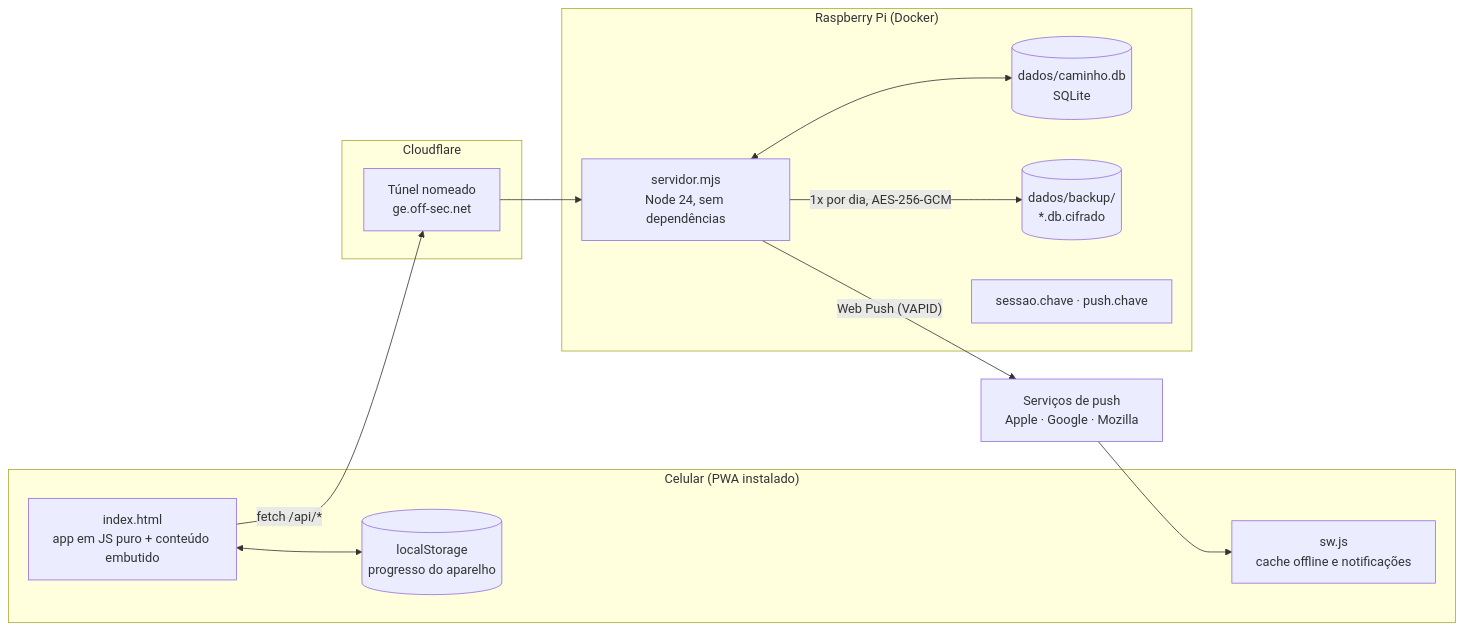
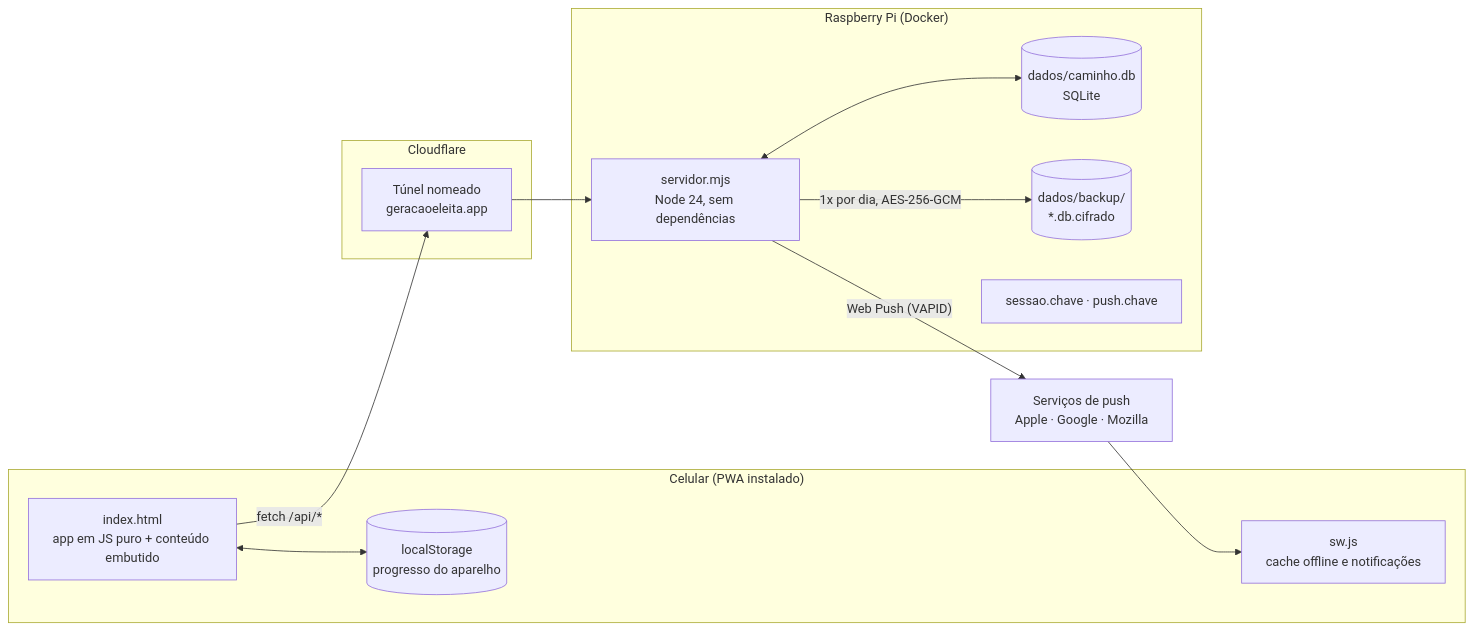
The first of 2 diagrams in docs/arquitetura/README.md (Excannor/geracao-eleita-v2), drawn with Mermaid before and after one commit. The commit also changed other lines of this file and 6 other files, not shown here.

First line of the commit message:
Domínio oficial: geracaoeleita.app no lugar de ge.off-sec.net

````diff
--- a/docs/arquitetura/README.md
+++ b/docs/arquitetura/README.md
@@ -15,23 +15,23 @@
 ```mermaid
 flowchart LR
   subgraph Celular["Celular (PWA instalado)"]
     UI["index.html<br/>app em JS puro + conteúdo embutido"]
     SW["sw.js<br/>cache offline e notificações"]
     LS[("localStorage<br/>progresso do aparelho")]
   end
   subgraph CF["Cloudflare"]
-    T["Túnel nomeado<br/>ge.off-sec.net"]
+    T["Túnel nomeado<br/>geracaoeleita.app"]
   end
   subgraph Casa["Raspberry Pi (Docker)"]
     S["servidor.mjs<br/>Node 24, sem dependências"]
     DB[("dados/caminho.db<br/>SQLite")]
     BK[("dados/backup/<br/>*.db.cifrado")]
     K["sessao.chave · push.chave"]
   end
   PUSH["Serviços de push<br/>Apple · Google · Mozilla"]
   UI <--> LS
   UI -- "fetch /api/*" --> T --> S
   S <--> DB
   S -- "1x por dia, AES-256-GCM" --> BK
   S -- "Web Push (VAPID)" --> PUSH --> SW
 ```
````
